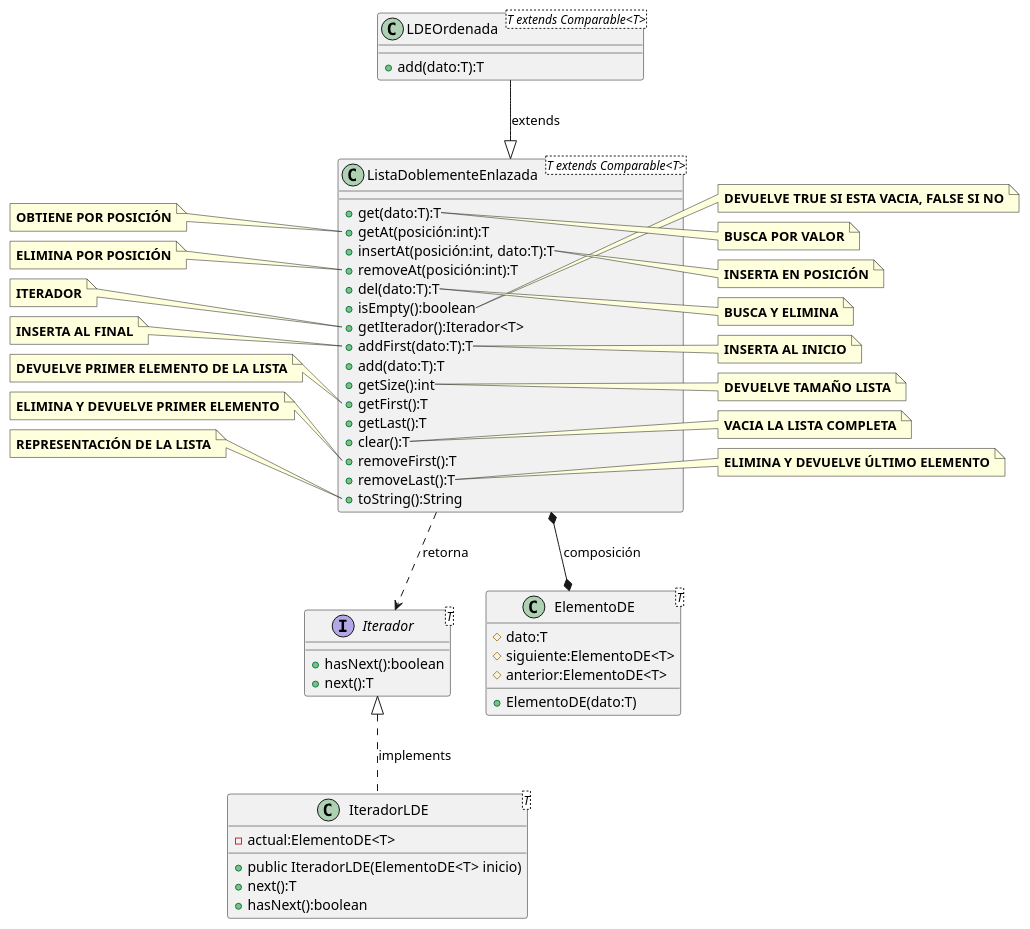
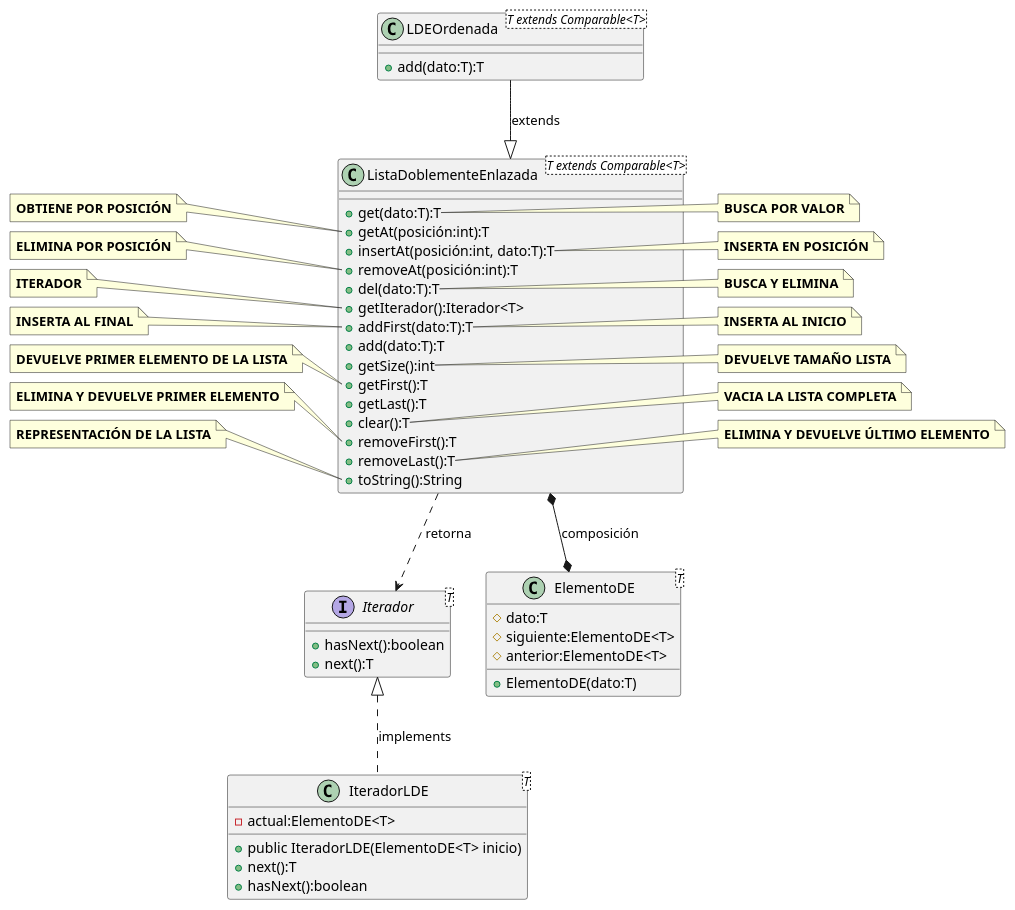
The diagram in src/EstructurasdeDatos/LDE/ListaDoblementeEnlazada/Diagrama LDE.puml (hugob-gl07/Estructura-Datos-Equipo), drawn with PlantUML before and after one commit. The commit also changed 40 other files, not shown here.

```diff
--- a/src/EstructurasdeDatos/LDE/ListaDoblementeEnlazada/Diagrama LDE.puml
+++ b/src/EstructurasdeDatos/LDE/ListaDoblementeEnlazada/Diagrama LDE.puml
@@ -1,104 +1,99 @@
  @startuml
 class IteradorLDE<T>{
     - actual:ElementoDE<T>
     + public IteradorLDE(ElementoDE<T> inicio)
     + next():T
     + hasNext():boolean
 }
 class ElementoDE<T>{
     # dato:T
     # siguiente:ElementoDE<T>
     # anterior:ElementoDE<T>
     + ElementoDE(dato:T)
 }
 interface Iterador<T>{
     + hasNext():boolean
     + next():T
 }
 class LDEOrdenada<T extends Comparable<T>>{
     + add(dato:T):T
 }
 class ListaDoblementeEnlazada <T extends Comparable<T>>{
     + get(dato:T):T
     + getAt(posición:int):T
     + insertAt(posición:int, dato:T):T
     + removeAt(posición:int):T
     + del(dato:T):T
-    + isEmpty():boolean
     + getIterador():Iterador<T>
     + addFirst(dato:T):T
     + add(dato:T):T
     + getSize():int
     + getFirst():T
     + getLast():T
     + clear():T
     + removeFirst():T
     + removeLast():T
     + toString():String
 }
 LDEOrdenada -down-|> ListaDoblementeEnlazada : extends
 IteradorLDE .up.|> Iterador : implements
 ListaDoblementeEnlazada *--* ElementoDE : composición
 ListaDoblementeEnlazada ..> Iterador : retorna
-
-note right of ListaDoblementeEnlazada::isEmpty
-**DEVUELVE TRUE SI ESTA VACIA, FALSE SI NO**
-end note
 
 note right of ListaDoblementeEnlazada::get
 **BUSCA POR VALOR**
 end note
 
 note left of ListaDoblementeEnlazada::getAt
 **OBTIENE POR POSICIÓN**
 end note
 
 note right of ListaDoblementeEnlazada::insertAt
 **INSERTA EN POSICIÓN**
 end note
 
 note left of ListaDoblementeEnlazada::removeAt
 **ELIMINA POR POSICIÓN**
 end note
 
 note right of ListaDoblementeEnlazada::del
 **BUSCA Y ELIMINA**
 end note
 
 note left of ListaDoblementeEnlazada::getIterador
 **ITERADOR**
 end note
 
 note right of ListaDoblementeEnlazada::addFirst
 **INSERTA AL INICIO**
 end note
 
 note left of ListaDoblementeEnlazada::add
 **INSERTA AL FINAL**
 end note
 
 note right of ListaDoblementeEnlazada::getSize
 **DEVUELVE TAMAÑO LISTA**
 end note
 
 note left of ListaDoblementeEnlazada::getFirst
 **DEVUELVE PRIMER ELEMENTO DE LA LISTA**
 end note
 
 note right of ListaDoblementeEnlazada::clear
 **VACIA LA LISTA COMPLETA**
 end note
 
 note left of ListaDoblementeEnlazada::removeFirst
 **ELIMINA Y DEVUELVE PRIMER ELEMENTO**
 end note
 
 note right of ListaDoblementeEnlazada::removeLast
 **ELIMINA Y DEVUELVE ÚLTIMO ELEMENTO**
 end note
 
 note left of ListaDoblementeEnlazada::toString
 **REPRESENTACIÓN DE LA LISTA**
 end note
 
 @enduml
```
